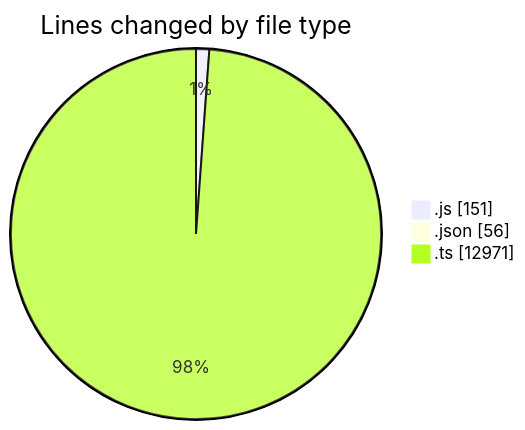
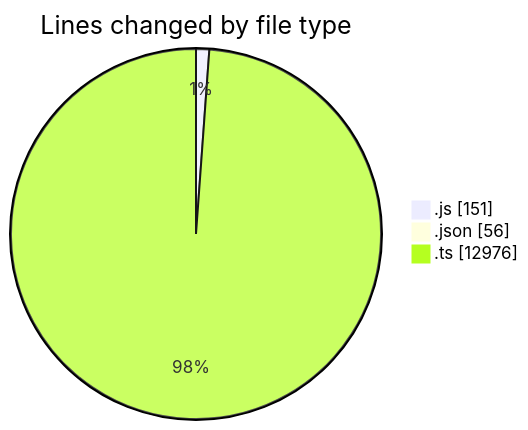
The first of 2 diagrams in 2025-09-04/cda/README.md (momahboobian/code-tracking), drawn with Mermaid before and after one commit. The commit also changed other lines of this file and 1 other file, not shown here.

````diff
--- a/2025-09-04/cda/README.md
+++ b/2025-09-04/cda/README.md
@@ -30,7 +30,7 @@
 ```mermaid
 pie showData
 title Lines changed by file type
 ".js" : 151
 ".json" : 56
-".ts" : 12971
+".ts" : 12976
 ```
````
